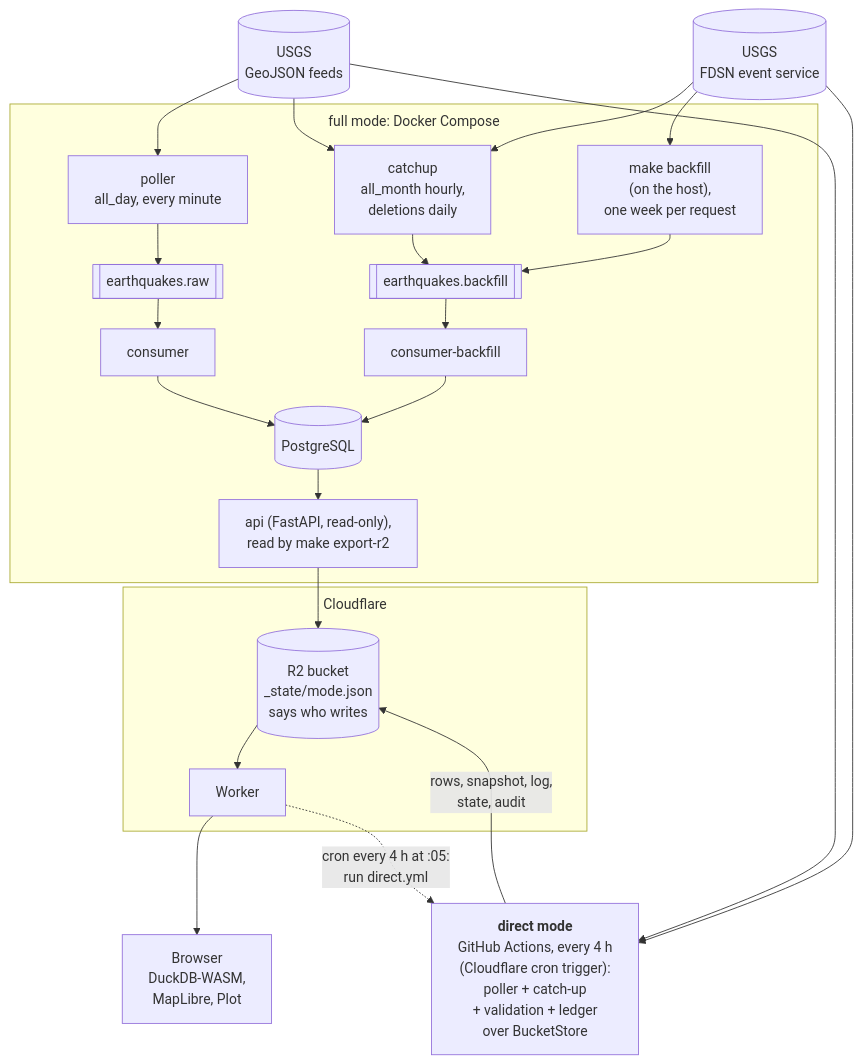
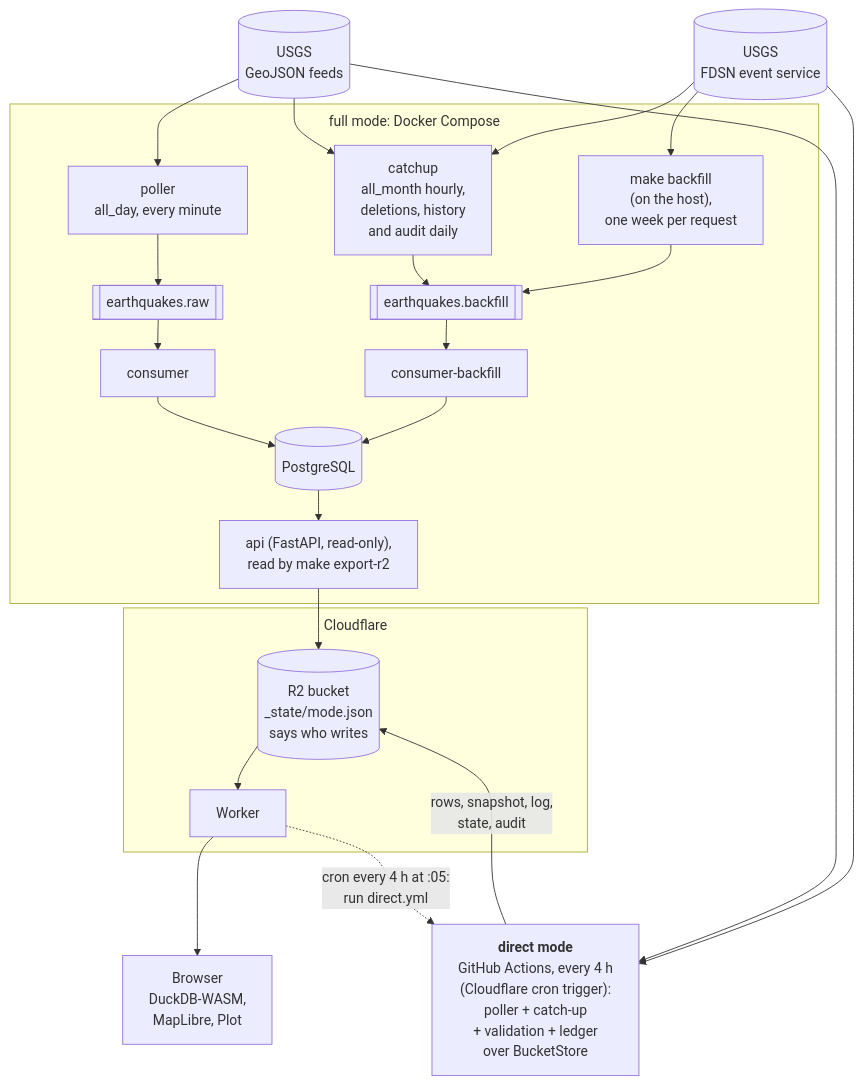
Before and after one commit to dienarvaez1/earth-hub: the first of 8 diagrams in docs/technical/architecture.md, drawn with Mermaid. The commit also changed other lines of this file and 24 other files, not shown here.

````diff
--- a/docs/technical/architecture.md
+++ b/docs/technical/architecture.md
@@ -7,47 +7,47 @@
 ```mermaid
 %%{init: {"flowchart": {"rankSpacing": 35, "nodeSpacing": 100, "subGraphTitleMargin": {"top": 8, "bottom": 22}}}}%%
 flowchart TB
     usgs[("USGS<br/>GeoJSON feeds")]
     fdsn[("USGS<br/>FDSN event service")]
 
     subgraph docker["full mode: Docker Compose"]
         poller["poller<br/>all_day, every minute"]
-        catchup["catchup<br/>all_month hourly,<br/>deletions daily"]
+        catchup["catchup<br/>all_month hourly,<br/>deletions, history<br/>and audit daily"]
         backfill["make backfill<br/>(on the host),<br/>one week per request"]
         raw[["earthquakes.raw"]]
         bf[["earthquakes.backfill"]]
         consumer["consumer"]
         consumerbf["consumer-backfill"]
         pg[("PostgreSQL")]
         api["api (FastAPI, read-only),<br/>read by make export-r2"]
     end
 
     direct["<b>direct mode</b><br/>GitHub Actions, every 4 h<br/>(Cloudflare cron trigger):<br/>poller + catch-up<br/>+ validation + ledger<br/>over BucketStore"]
 
     subgraph cloud["Cloudflare"]
         r2[("R2 bucket<br/>_state/mode.json<br/>says who writes")]
         worker["Worker"]
     end
 
     browser["Browser<br/>DuckDB-WASM,<br/>MapLibre, Plot"]
 
     usgs --> poller
     usgs --> catchup
     fdsn --> catchup
     fdsn --> backfill
     usgs --> direct
     fdsn --> direct
     poller --> raw
     catchup --> bf
     backfill --> bf
     raw --> consumer
     bf --> consumerbf
     consumer --> pg
     consumerbf --> pg
     pg --> api
     api --> r2
     direct -- "rows, snapshot, log,<br/>state, audit" --> r2
     r2 --> worker
     worker --> browser
     worker -. "cron every 4 h at :05:<br/>run direct.yml" .-> direct
 ```
````
